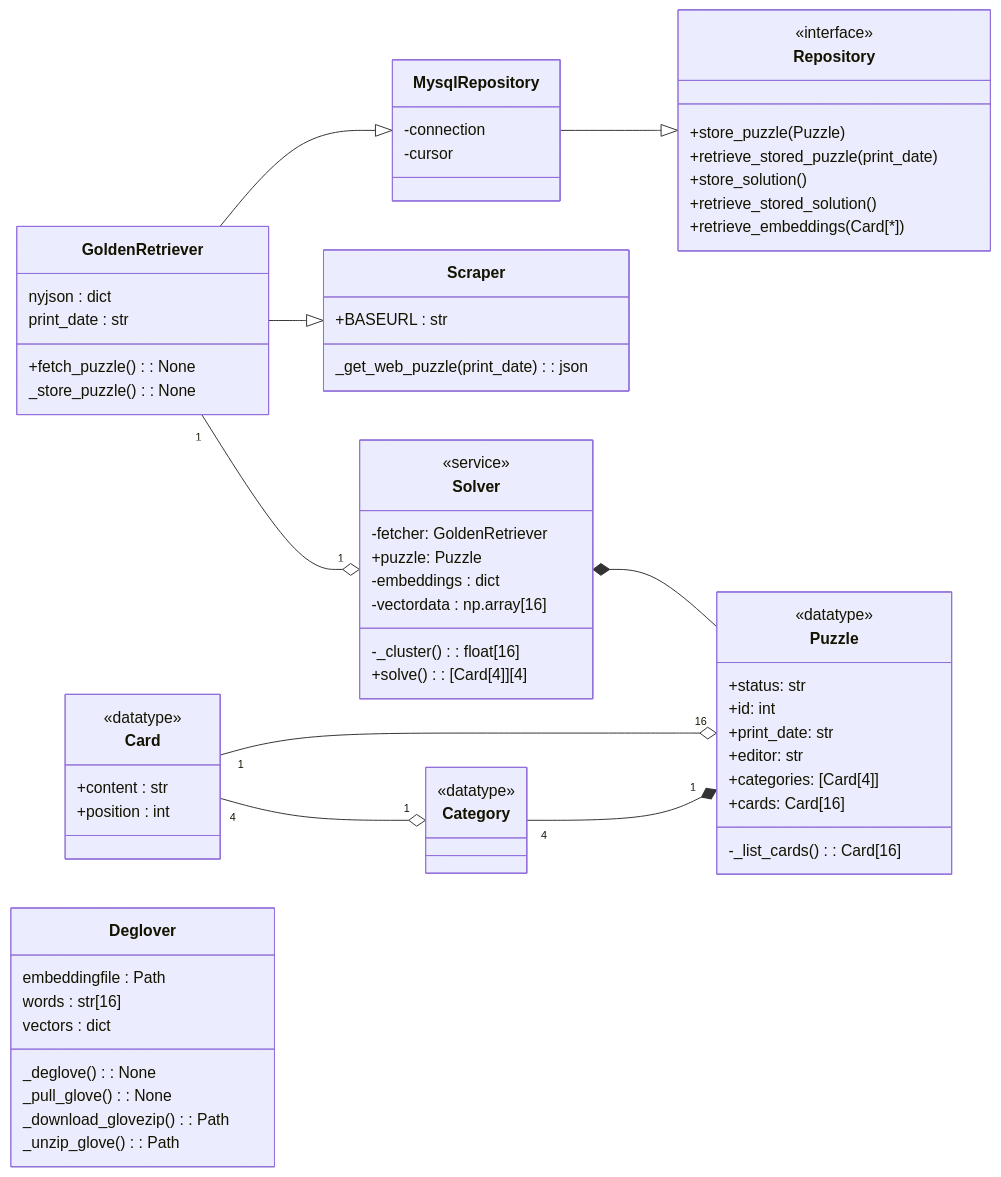
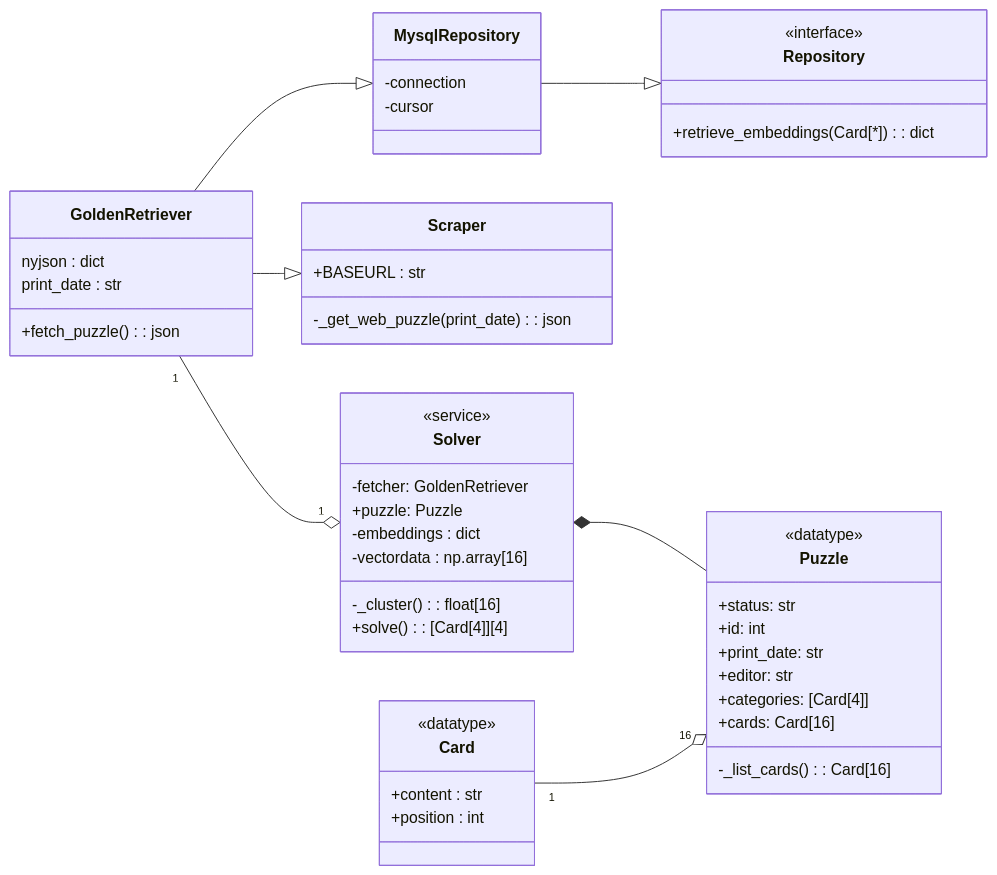
One commit to nelson-ryan/connector changed the diagram in README.md. Above: the diagram before and after it, drawn with Mermaid. The commit also changed other lines of this file, not shown here.

Commit message:
README.md

````diff
--- a/README.md
+++ b/README.md
@@ -25,11 +51,11 @@
 
 class Repository {
     <<interface>>
-    +store_puzzle(Puzzle)
-    +retrieve_stored_puzzle(print_date)
-    +store_solution()
-    +retrieve_stored_solution()
-    +retrieve_embeddings(Card[*])
+    %% +store_puzzle(Puzzle)
+    %% +retrieve_stored_puzzle(print_date)
+    %% +store_solution()
+    %% +retrieve_stored_solution()
+    +retrieve_embeddings(Card[*]) : dict
 }
 
 class MysqlRepository {
@@ -39,15 +65,15 @@
 
 class Scraper {
     +BASEURL : str
-    _get_web_puzzle(print_date) : json
+    -_get_web_puzzle(print_date) : json
 }
 
 class GoldenRetriever {
     nyjson : dict
     print_date : str
 
-    +fetch_puzzle() : None
-    _store_puzzle() : None
+    +fetch_puzzle() : json
+    %% -_store_puzzle() : None
 }
 
 class Puzzle {
@@ -80,21 +106,21 @@
     +position : int
 }
 
-class Category {
-    <<datatype>> 
-}
+%% class Category {
+    %% <<datatype>> 
+%% }
 
 
-class Deglover{
-    embeddingfile : Path
-    words : str[16]
-    vectors : dict
-
-    _deglove() : None
-    _pull_glove() : None
-    _download_glovezip() : Path
-    _unzip_glove() : Path
-}
+%% class Deglover{
+%%     embeddingfile : Path
+%%     words : str[16]
+%%     vectors : dict
+%% 
+%%     _deglove() : None
+%%     _pull_glove() : None
+%%     _download_glovezip() : Path
+%%     _unzip_glove() : Path
+%% }
 
 
 MysqlRepository --|>  Repository
@@ -105,8 +131,8 @@
 GoldenRetriever "1" --o "1" Solver 
 Card "1" --o "16" Puzzle
 
-Card "4" --o "1" Category
-Category "4" --* "1" Puzzle
+%% Card "4" --o "1" Category
+%% Category "4" --* "1" Puzzle
 
 
 ```
````
